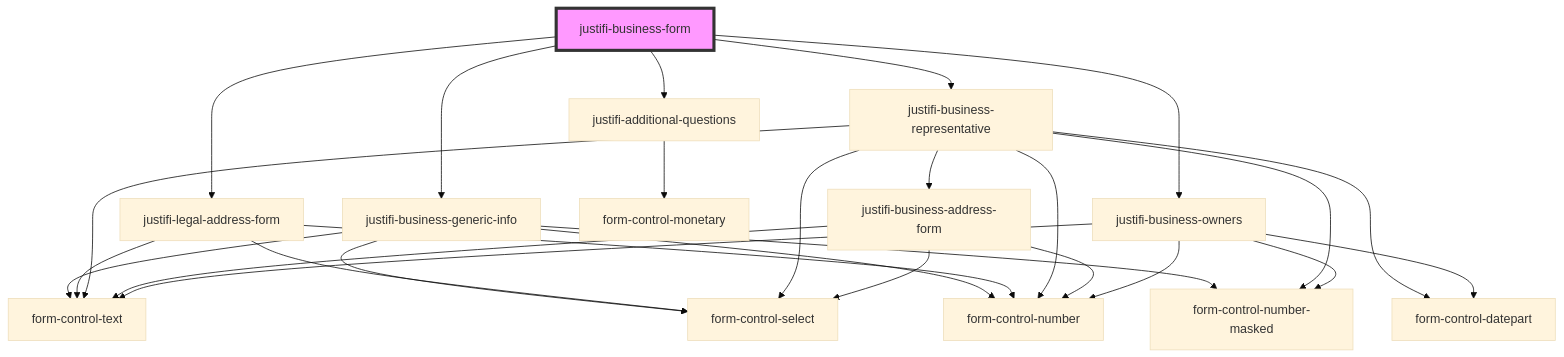
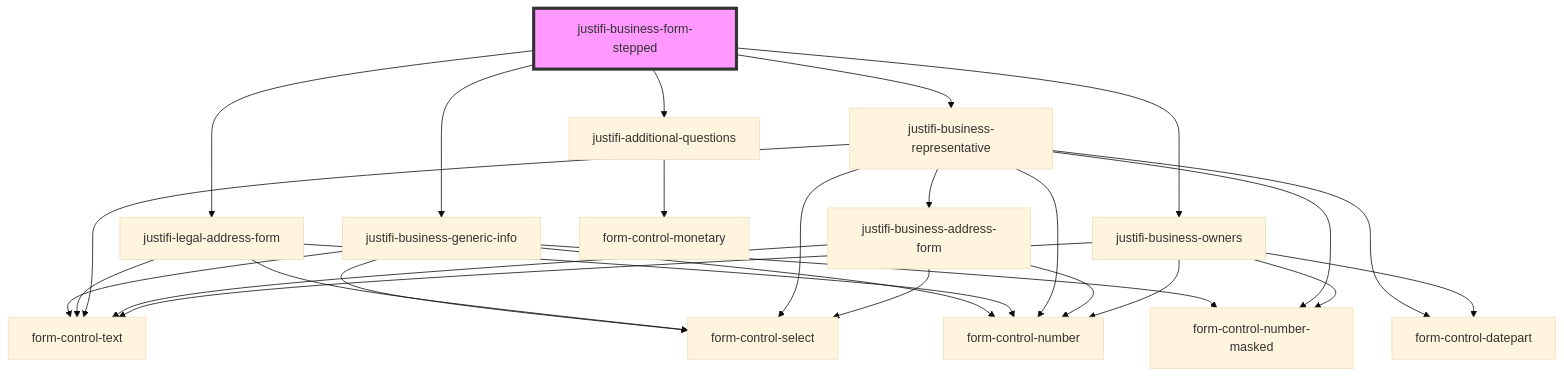
The diagram in stencil-library/src/components/business-form/readme.md (justifi-tech/web-component-library), drawn with Mermaid (base theme) before and after one commit. The commit also changed 8 other files, not shown here.

Commit message:
business-form-stepped progress indicator

````diff
--- a/stencil-library/src/components/business-form/readme.md
+++ b/stencil-library/src/components/business-form/readme.md
@@ -27,30 +27,30 @@
 ```mermaid
 graph TD;
-  justifi-business-form --> justifi-business-generic-info
-  justifi-business-form --> justifi-legal-address-form
-  justifi-business-form --> justifi-additional-questions
-  justifi-business-form --> justifi-business-representative
-  justifi-business-form --> justifi-business-owners
+  justifi-business-form-stepped --> justifi-business-generic-info
+  justifi-business-form-stepped --> justifi-legal-address-form
+  justifi-business-form-stepped --> justifi-additional-questions
+  justifi-business-form-stepped --> justifi-business-representative
+  justifi-business-form-stepped --> justifi-business-owners
   justifi-business-generic-info --> form-control-text
   justifi-business-generic-info --> form-control-select
   justifi-business-generic-info --> form-control-number
   justifi-business-generic-info --> form-control-number-masked
   justifi-legal-address-form --> form-control-text
   justifi-legal-address-form --> form-control-number
   justifi-legal-address-form --> form-control-select
   justifi-additional-questions --> form-control-monetary
   justifi-business-representative --> form-control-text
   justifi-business-representative --> form-control-select
   justifi-business-representative --> form-control-number-masked
   justifi-business-representative --> form-control-datepart
   justifi-business-representative --> form-control-number
   justifi-business-representative --> justifi-business-address-form
   justifi-business-address-form --> form-control-text
   justifi-business-address-form --> form-control-select
   justifi-business-address-form --> form-control-number
   justifi-business-owners --> form-control-text
   justifi-business-owners --> form-control-number-masked
   justifi-business-owners --> form-control-datepart
   justifi-business-owners --> form-control-number
-  style justifi-business-form fill:#f9f,stroke:#333,stroke-width:4px
+  style justifi-business-form-stepped fill:#f9f,stroke:#333,stroke-width:4px
 ```
````
